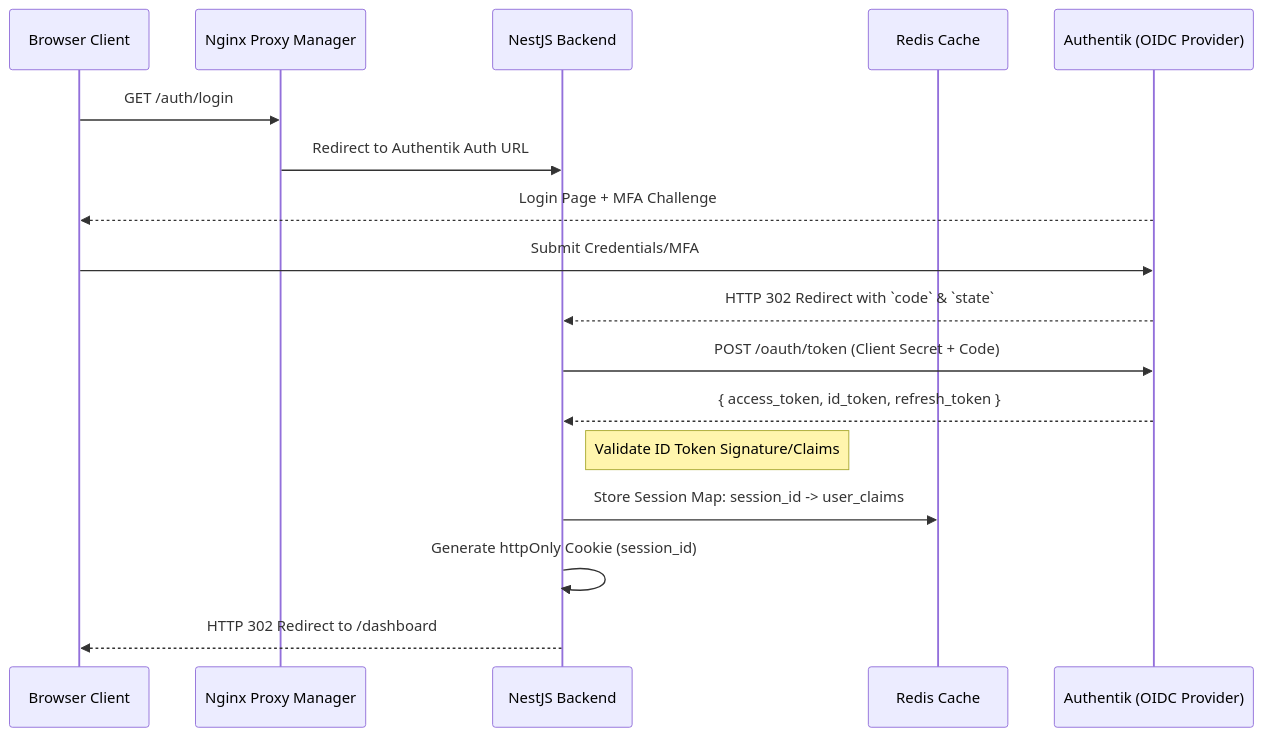
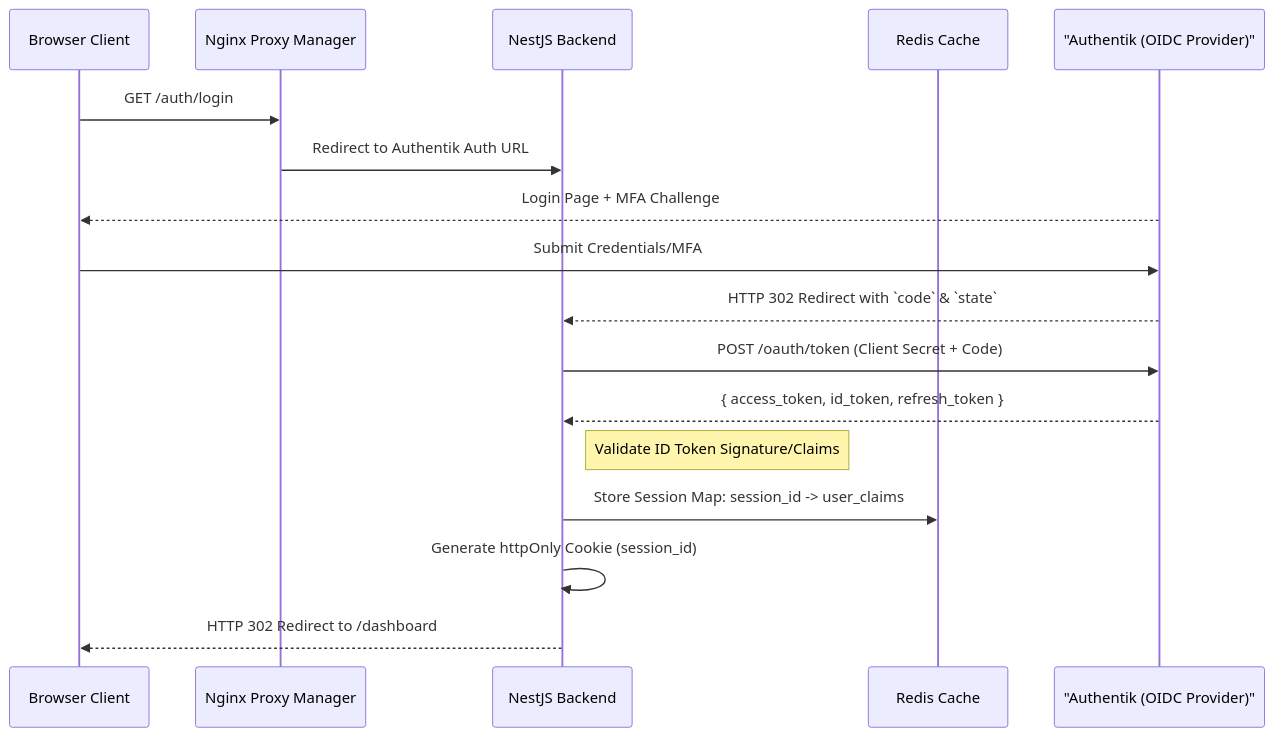
The fifth of 9 diagrams in docs/ARCHITECTURE.md (MinionEnjoyer/OpenChat), drawn with Mermaid before and after one commit. The commit also changed other lines of this file and 1 other file, not shown here.

First line of the commit message:
docs: fix Mermaid diagram syntax in ARCHITECTURE.md (quoted labels)

````diff
--- a/docs/ARCHITECTURE.md
+++ b/docs/ARCHITECTURE.md
@@ -457,24 +457,24 @@
 ```mermaid
 sequenceDiagram
     participant User as Browser Client
     participant NPM as Nginx Proxy Manager
     participant ChatApp as NestJS Backend
     participant Redis as Redis Cache
-    participant Authentik as Authentik (OIDC Provider)
+    participant Authentik as "Authentik (OIDC Provider)"
 
     User->>NPM: GET /auth/login
     NPM->>ChatApp: Redirect to Authentik Auth URL
     Authentik-->>User: Login Page + MFA Challenge
     
     User->>Authentik: Submit Credentials/MFA
     Authentik-->>ChatApp: HTTP 302 Redirect with `code` & `state`
     
     ChatApp->>Authentik: POST /oauth/token (Client Secret + Code)
     Authentik-->>ChatApp: { access_token, id_token, refresh_token }
     
     Note right of ChatApp: Validate ID Token Signature/Claims
     
     ChatApp->>Redis: Store Session Map: session_id -> user_claims
     ChatApp->>ChatApp: Generate httpOnly Cookie (session_id)
     ChatApp-->>User: HTTP 302 Redirect to /dashboard
 ```
````
